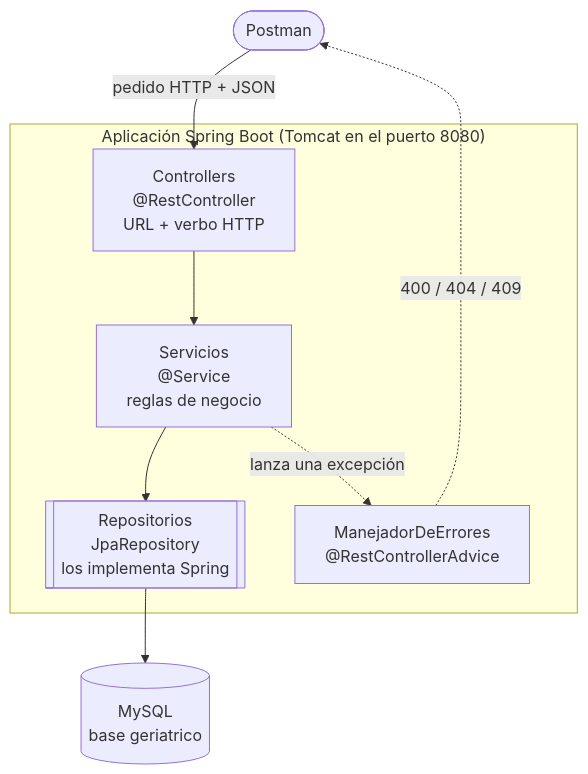
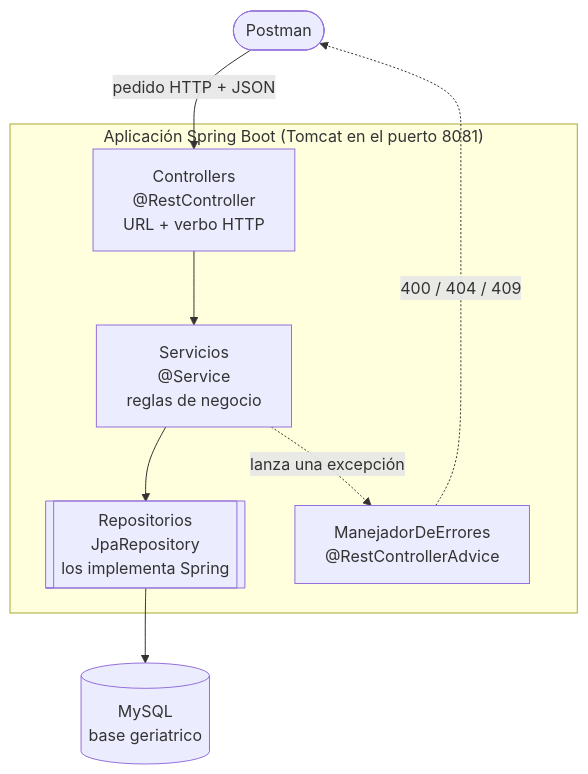
The first of 3 diagrams in docs/ARQUITECTURA.md (Emanuelbig/gestion-residencia-geriatrica-spring-api-rest), drawn with Mermaid before and after one commit. The commit also changed other lines of this file and 16 other files, not shown here.

````diff
--- a/docs/ARQUITECTURA.md
+++ b/docs/ARQUITECTURA.md
@@ -34,14 +34,14 @@
 ```mermaid
 flowchart TB
     P([Postman]) -->|"pedido HTTP + JSON"| C
-    subgraph App["Aplicación Spring Boot (Tomcat en el puerto 8080)"]
+    subgraph App["Aplicación Spring Boot (Tomcat en el puerto 8081)"]
         C["Controllers<br/>@RestController<br/>URL + verbo HTTP"]
         S["Servicios<br/>@Service<br/>reglas de negocio"]
         R[[Repositorios<br/>JpaRepository<br/>los implementa Spring]]
         M["ManejadorDeErrores<br/>@RestControllerAdvice"]
         C --> S --> R
         S -.->|"lanza una excepción"| M
     end
     R --> DB[(MySQL<br/>base geriatrico)]
     M -.->|"400 / 404 / 409"| P
 ```
````
